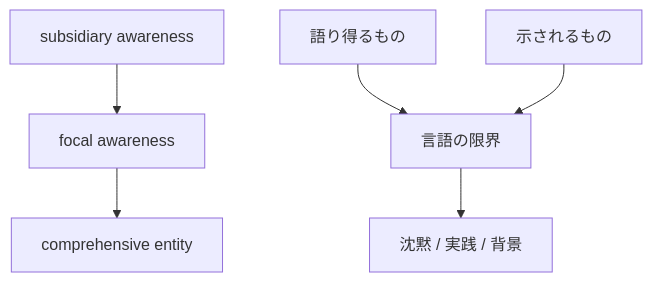
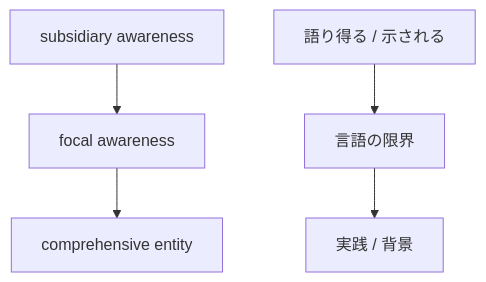
Before and after one commit to daylight55/research: the second of 2 diagrams in src/content/blog/polanyi-wittgenstein-tacit-knowledge.mdx, drawn with Mermaid. The commit also changed other lines of this file and 20 other files, not shown here.

Commit message:
Mermaid図の表示サイズを調整

````diff
--- a/src/content/blog/polanyi-wittgenstein-tacit-knowledge.mdx
+++ b/src/content/blog/polanyi-wittgenstein-tacit-knowledge.mdx
@@ -123,8 +123,7 @@
 ```mermaid
 flowchart TB
   SA["subsidiary awareness"] --> FA["focal awareness"]
   FA --> CE["comprehensive entity"]
-  SAY["語り得るもの"] --> LIM["言語の限界"]
-  SHOW["示されるもの"] --> LIM
-  LIM --> SIL["沈黙 / 実践 / 背景"]
+  SAYSHOW["語り得る / 示される"] --> LIM["言語の限界"]
+  LIM --> PRACTICE["実践 / 背景"]
 ```
````
